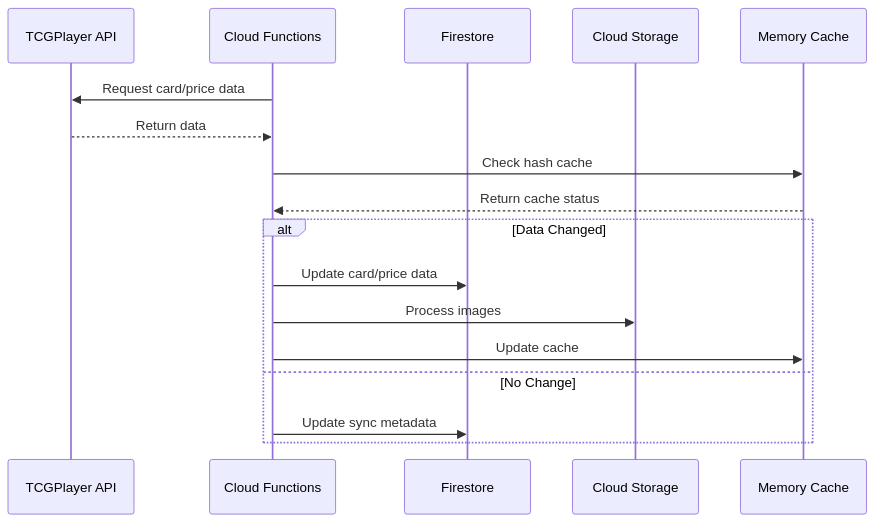
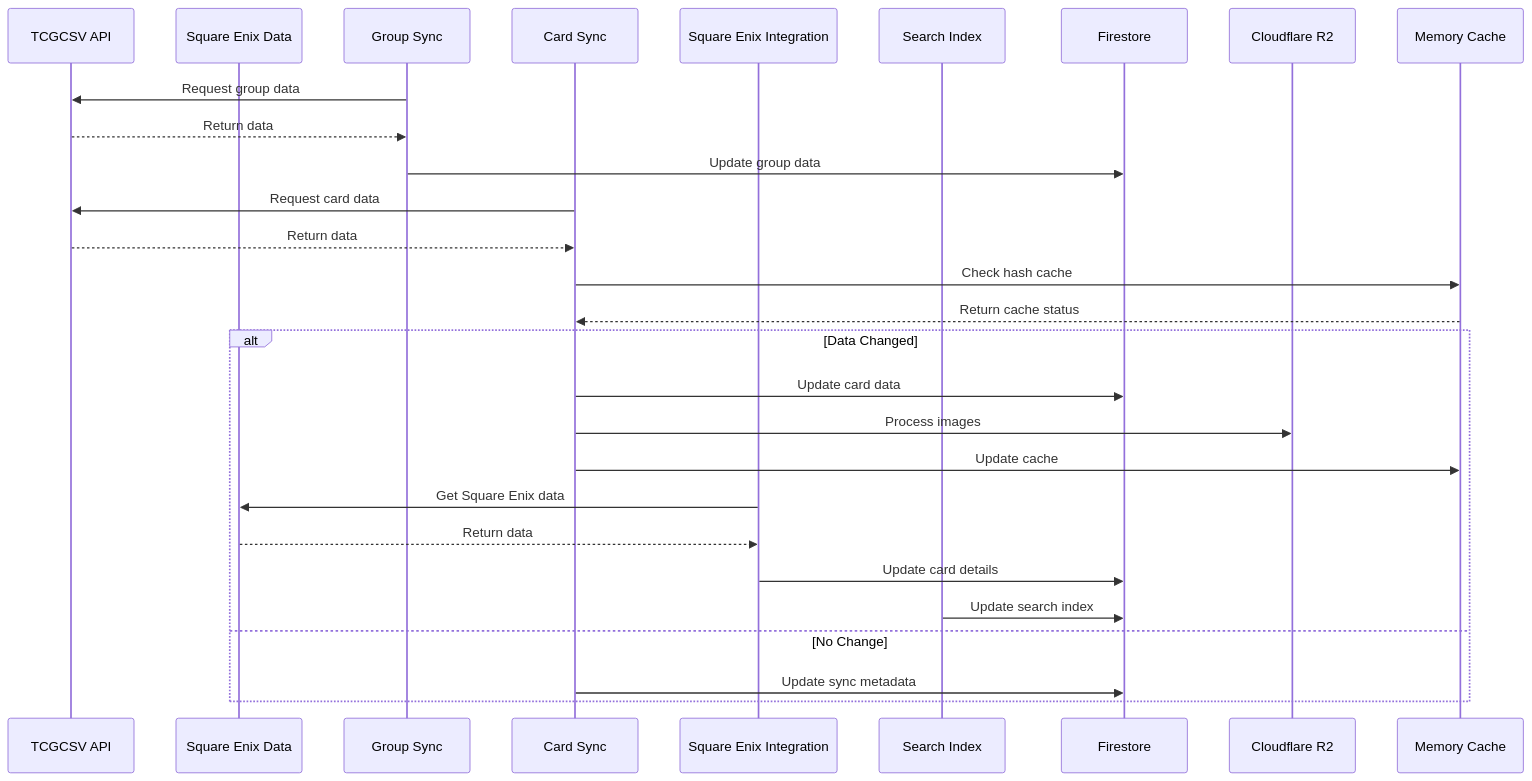
One commit to mrw1986/fftcg-sync-service changed the first of 2 diagrams in docs/architecture.md. Above: the diagram before and after it, drawn with Mermaid. The commit also changed other lines of this file and 4 other files, not shown here.

Commit message:
Add documentation for Group Sync and Search Index services; outline core features, functionality, and best practices

````diff
--- a/docs/architecture.md
+++ b/docs/architecture.md
@@ -177,21 +209,35 @@
 ```mermaid
 sequenceDiagram
-    participant TCG as TCGPlayer API
-    participant Func as Cloud Functions
+    participant TCGCSV as TCGCSV API
+    participant SE as Square Enix Data
+    participant GS as Group Sync
+    participant CS as Card Sync
+    participant SEI as Square Enix Integration
+    participant SI as Search Index
     participant Store as Firestore
-    participant Storage as Cloud Storage
+    participant R2 as Cloudflare R2
     participant Cache as Memory Cache
 
-    Func->>TCG: Request card/price data
-    TCG-->>Func: Return data
-    Func->>Cache: Check hash cache
-    Cache-->>Func: Return cache status
+    GS->>TCGCSV: Request group data
+    TCGCSV-->>GS: Return data
+    GS->>Store: Update group data
+    
+    CS->>TCGCSV: Request card data
+    TCGCSV-->>CS: Return data
+    CS->>Cache: Check hash cache
+    Cache-->>CS: Return cache status
     
     alt Data Changed
-        Func->>Store: Update card/price data
-        Func->>Storage: Process images
-        Func->>Cache: Update cache
+        CS->>Store: Update card data
+        CS->>R2: Process images
+        CS->>Cache: Update cache
+        
+        SEI->>SE: Get Square Enix data
+        SE-->>SEI: Return data
+        SEI->>Store: Update card details
+        
+        SI->>Store: Update search index
     else No Change
-        Func->>Store: Update sync metadata
+        CS->>Store: Update sync metadata
     end
 ```
````
